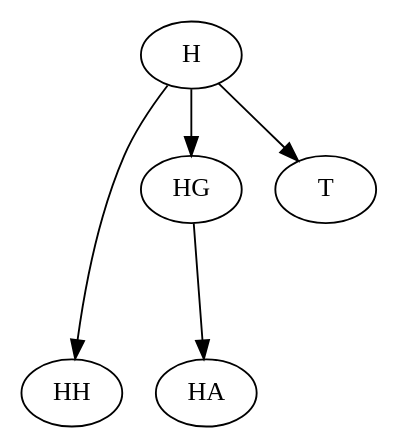
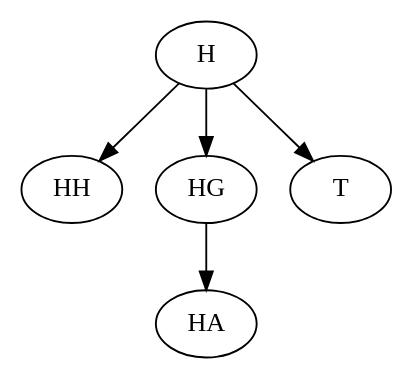
One commit to OpenStemmata/database changed the diagram in data/lat/AbellanMartinIglesias_2015_PastorLibellusmodumsymboli/stemma.gv. Above: the diagram before and after it, drawn with Graphviz.

```diff
--- a/data/lat/AbellanMartinIglesias_2015_PastorLibellusmodumsymboli/stemma.gv
+++ b/data/lat/AbellanMartinIglesias_2015_PastorLibellusmodumsymboli/stemma.gv
@@ -1,18 +1,18 @@
 
 
 digraph {
 
-    H -> HH[minlen="3"];
+    H -> HH;
     H -> HG;
-    HG -> HA[minlen="2"];
+    HG -> HA;
     H -> T;
  
 
     H[label="H"];
     HH[label="HH"];
     HG[label="HG"];
     HA[label="HA"];
     T[label="T"]; 
     
 
 }
```
